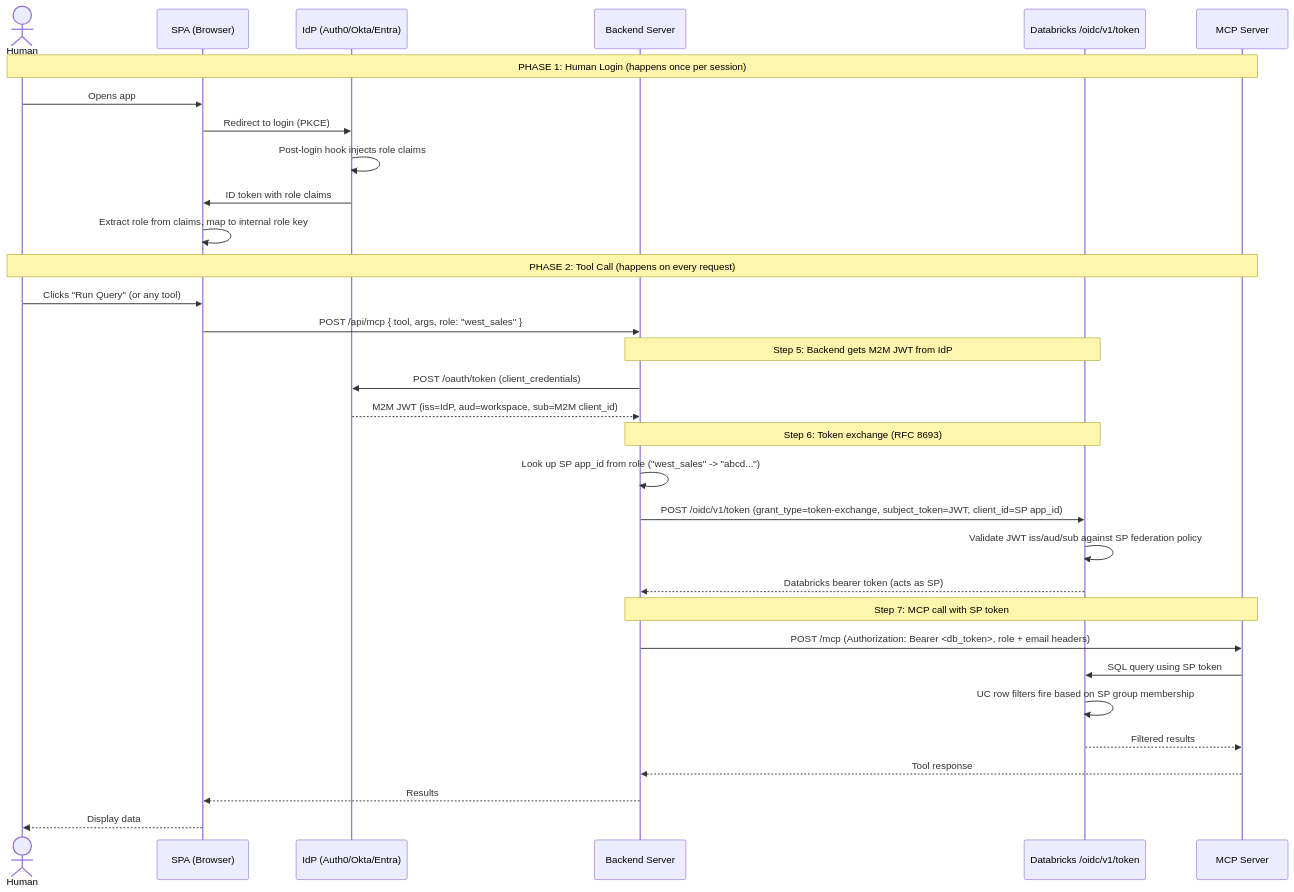
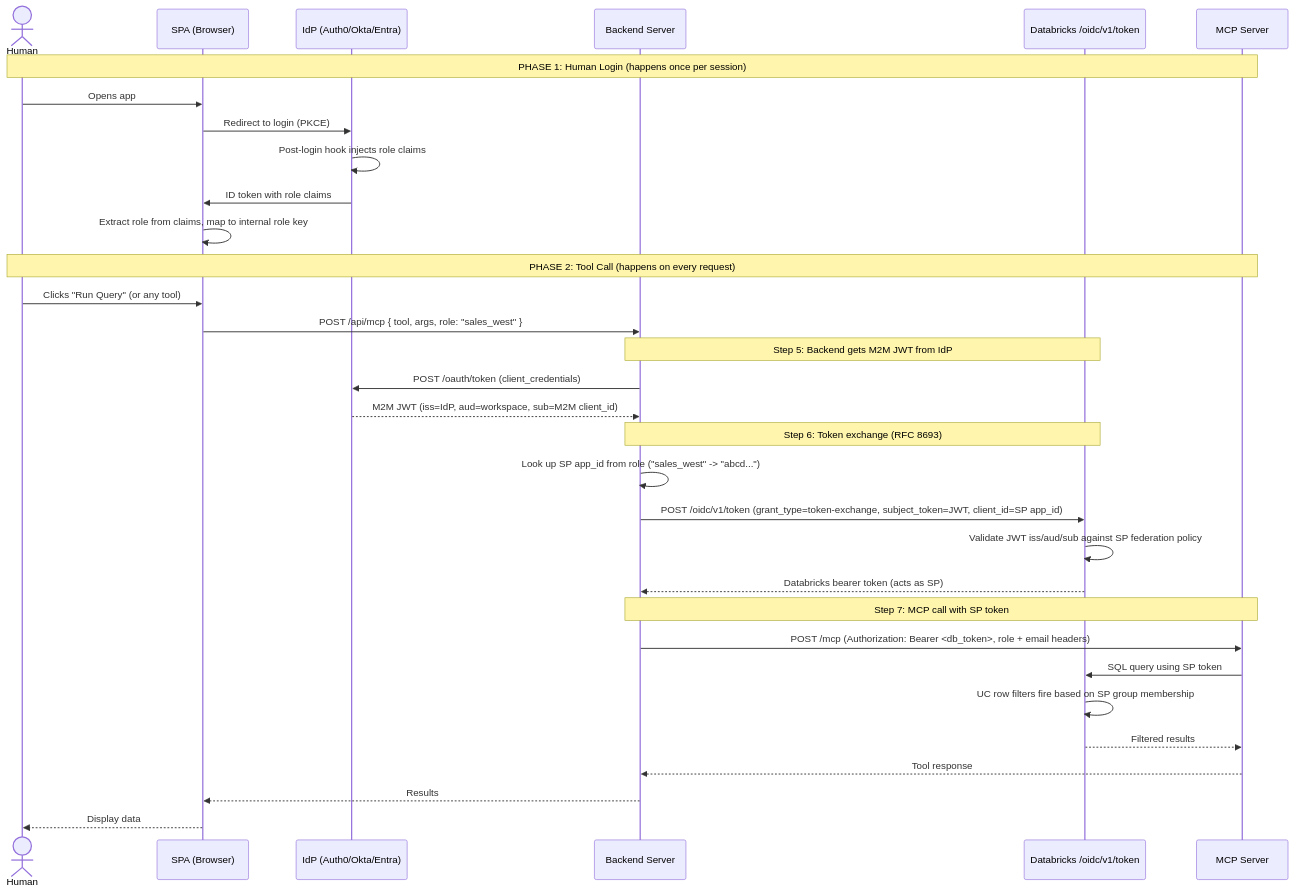
One commit to bhavink/applied-ai-governance changed the diagram in identity/federation-implementation-blueprint.md. Above: the diagram before and after it, drawn with Mermaid. The commit also changed other lines of this file and 42 other files, not shown here.

````diff
--- a/identity/federation-implementation-blueprint.md
+++ b/identity/federation-implementation-blueprint.md
@@ -76,39 +84,39 @@
 ```mermaid
 sequenceDiagram
     actor Human
     participant SPA as SPA (Browser)
     participant IdP as IdP (Auth0/Okta/Entra)
     participant Backend as Backend Server
     participant DB as Databricks /oidc/v1/token
     participant MCP as MCP Server
 
     Note over Human, MCP: PHASE 1: Human Login (happens once per session)
     Human->>SPA: Opens app
     SPA->>IdP: Redirect to login (PKCE)
     IdP->>IdP: Post-login hook injects role claims
     IdP->>SPA: ID token with role claims
     SPA->>SPA: Extract role from claims, map to internal role key
 
     Note over Human, MCP: PHASE 2: Tool Call (happens on every request)
     Human->>SPA: Clicks "Run Query" (or any tool)
-    SPA->>Backend: POST /api/mcp { tool, args, role: "west_sales" }
+    SPA->>Backend: POST /api/mcp { tool, args, role: "sales_west" }
 
     Note over Backend, DB: Step 5: Backend gets M2M JWT from IdP
     Backend->>IdP: POST /oauth/token (client_credentials)
     IdP-->>Backend: M2M JWT (iss=IdP, aud=workspace, sub=M2M client_id)
 
     Note over Backend, DB: Step 6: Token exchange (RFC 8693)
-    Backend->>Backend: Look up SP app_id from role ("west_sales" -> "abcd...")
+    Backend->>Backend: Look up SP app_id from role ("sales_west" -> "abcd...")
     Backend->>DB: POST /oidc/v1/token (grant_type=token-exchange, subject_token=JWT, client_id=SP app_id)
     DB->>DB: Validate JWT iss/aud/sub against SP federation policy
     DB-->>Backend: Databricks bearer token (acts as SP)
 
     Note over Backend, MCP: Step 7: MCP call with SP token
     Backend->>MCP: POST /mcp (Authorization: Bearer <db_token>, role + email headers)
     MCP->>DB: SQL query using SP token
     DB->>DB: UC row filters fire based on SP group membership
     DB-->>MCP: Filtered results
     MCP-->>Backend: Tool response
     Backend-->>SPA: Results
     SPA-->>Human: Display data
 ```
````
